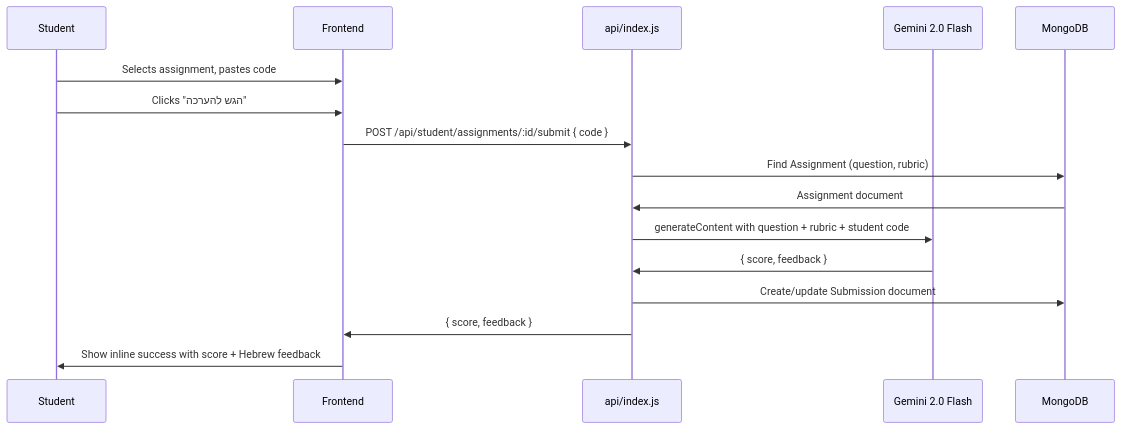
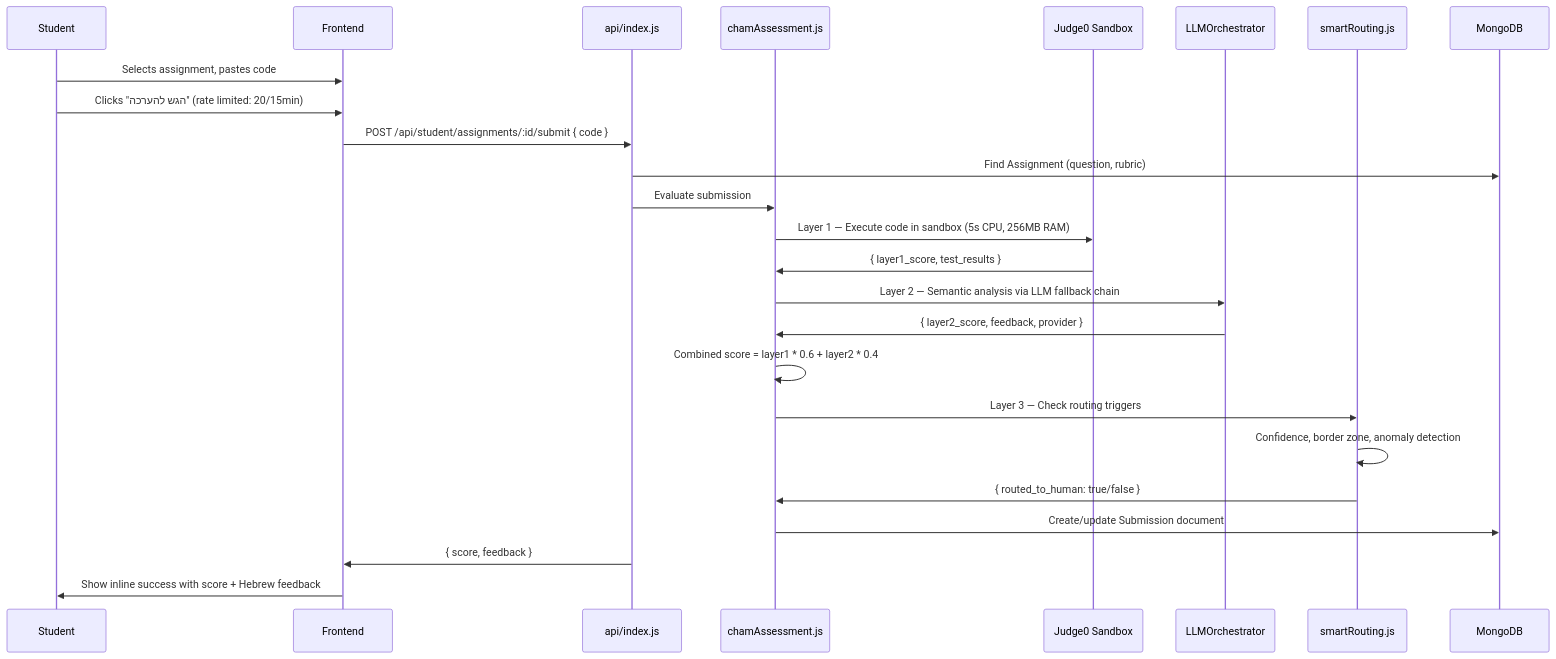
Before and after one commit to Oratias07/CHAM-Agent: the third of 5 diagrams in ARCHITECTURE.md, drawn with Mermaid. The commit also changed other lines of this file and 24 other files, not shown here.

````diff
--- a/ARCHITECTURE.md
+++ b/ARCHITECTURE.md
@@ -127,19 +158,28 @@
 ```mermaid
 sequenceDiagram
     participant Student
     participant Frontend
     participant Backend as api/index.js
-    participant Gemini as Gemini 2.0 Flash
+    participant CHAM as chamAssessment.js
+    participant Judge0 as Judge0 Sandbox
+    participant Orch as LLMOrchestrator
+    participant Router as smartRouting.js
     participant MongoDB
 
     Student->>Frontend: Selects assignment, pastes code
-    Student->>Frontend: Clicks "הגש להערכה"
+    Student->>Frontend: Clicks "הגש להערכה" (rate limited: 20/15min)
     Frontend->>Backend: POST /api/student/assignments/:id/submit { code }
     Backend->>MongoDB: Find Assignment (question, rubric)
-    MongoDB->>Backend: Assignment document
-    Backend->>Gemini: generateContent with question + rubric + student code
-    Gemini->>Backend: { score, feedback }
-    Backend->>MongoDB: Create/update Submission document
+    Backend->>CHAM: Evaluate submission
+    CHAM->>Judge0: Layer 1 — Execute code in sandbox (5s CPU, 256MB RAM)
+    Judge0->>CHAM: { layer1_score, test_results }
+    CHAM->>Orch: Layer 2 — Semantic analysis via LLM fallback chain
+    Orch->>CHAM: { layer2_score, feedback, provider }
+    CHAM->>CHAM: Combined score = layer1 * 0.6 + layer2 * 0.4
+    CHAM->>Router: Layer 3 — Check routing triggers
+    Router->>Router: Confidence, border zone, anomaly detection
+    Router->>CHAM: { routed_to_human: true/false }
+    CHAM->>MongoDB: Create/update Submission document
     Backend->>Frontend: { score, feedback }
     Frontend->>Student: Show inline success with score + Hebrew feedback
 ```
````
